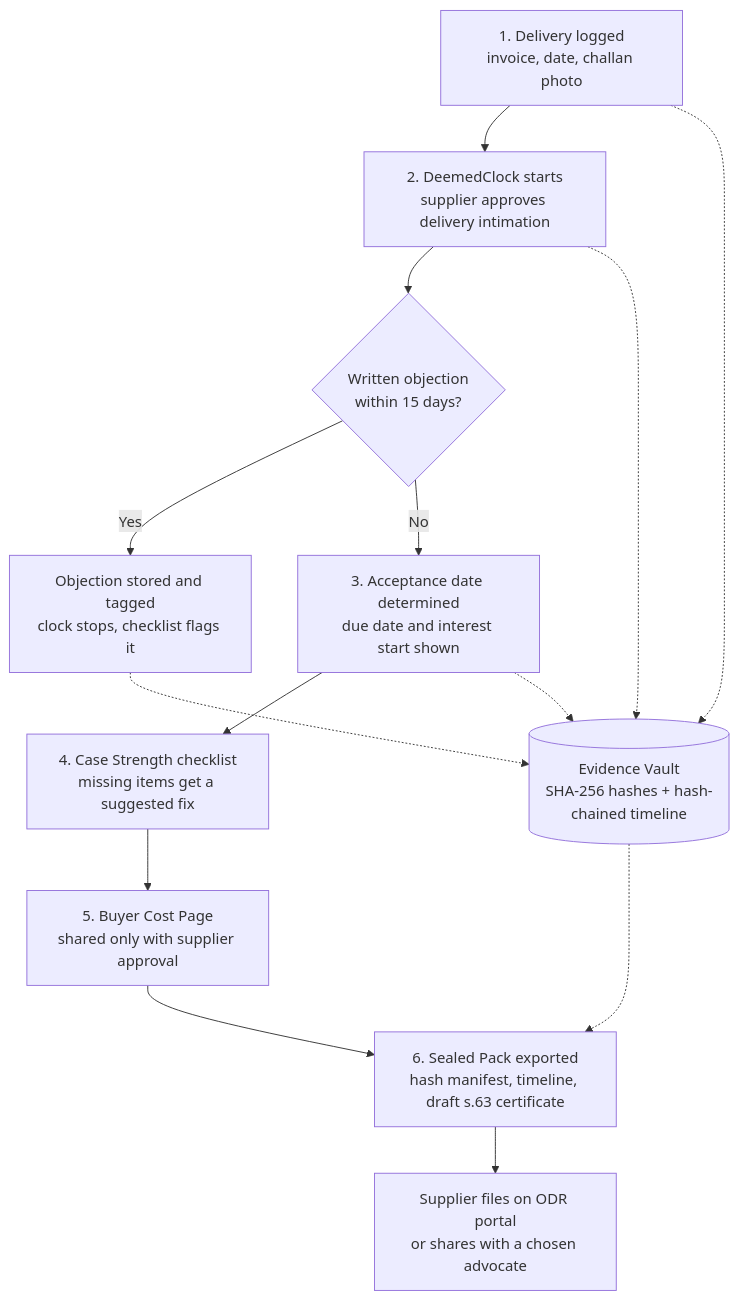
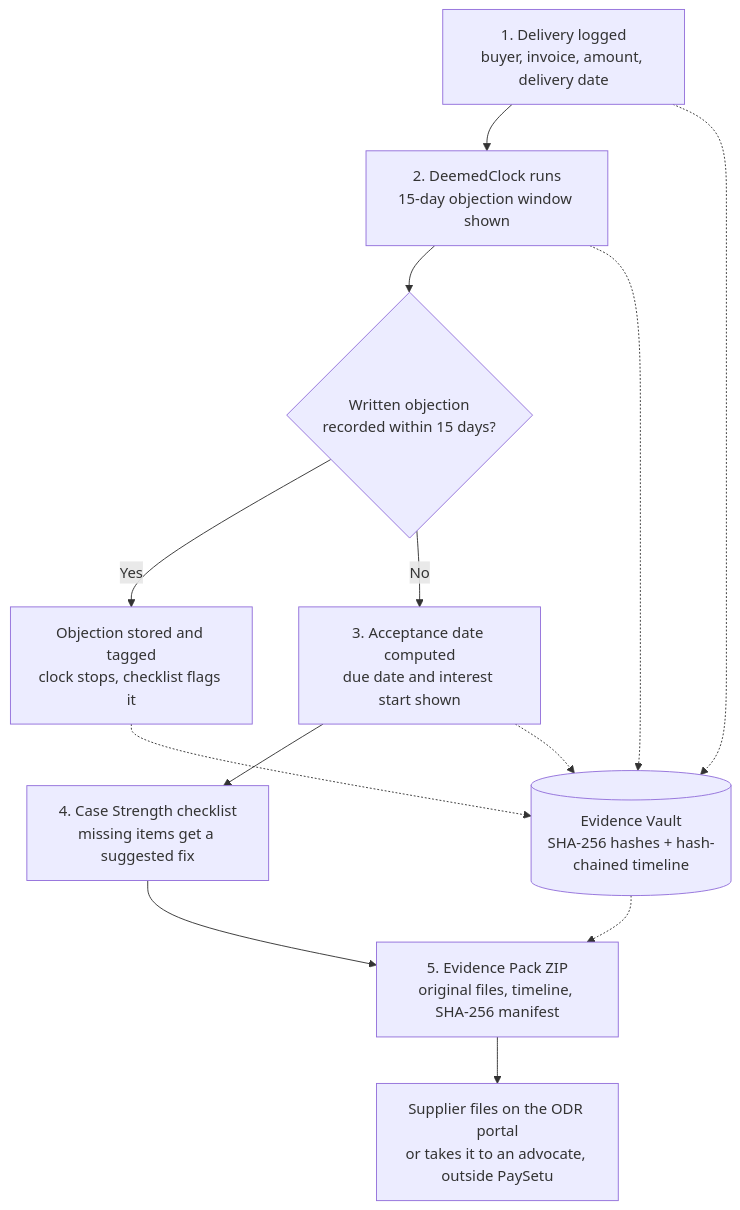
Before and after one commit to ARYANBUILDS707/Srujana_hackathon2026_PaySetu: the first of 2 diagrams in README.md, drawn with Mermaid. The commit also changed other lines of this file and 2 other files, not shown here.

````diff
--- a/README.md
+++ b/README.md
@@ -213,18 +223,17 @@
 ```mermaid
 flowchart TD
-    A[1. Delivery logged<br/>invoice, date, challan photo] --> B[2. DeemedClock starts<br/>supplier approves delivery intimation]
-    B --> C{Written objection<br/>within 15 days?}
+    A[1. Delivery logged<br/>buyer, invoice, amount, delivery date] --> B[2. DeemedClock runs<br/>15-day objection window shown]
+    B --> C{Written objection<br/>recorded within 15 days?}
     C -- Yes --> D[Objection stored and tagged<br/>clock stops, checklist flags it]
-    C -- No --> E[3. Acceptance date determined<br/>due date and interest start shown]
+    C -- No --> E[3. Acceptance date computed<br/>due date and interest start shown]
     E --> F[4. Case Strength checklist<br/>missing items get a suggested fix]
-    F --> G[5. Buyer Cost Page<br/>shared only with supplier approval]
-    G --> H[6. Sealed Pack exported<br/>hash manifest, timeline, draft s.63 certificate]
-    H --> I[Supplier files on ODR portal<br/>or shares with a chosen advocate]
+    F --> G[5. Evidence Pack ZIP<br/>original files, timeline, SHA-256 manifest]
+    G --> H[Supplier files on the ODR portal<br/>or takes it to an advocate, outside PaySetu]
 
     V[(Evidence Vault<br/>SHA-256 hashes + hash-chained timeline)]
     A -.-> V
     B -.-> V
     D -.-> V
     E -.-> V
-    V -.-> H
+    V -.-> G
 ```
````
